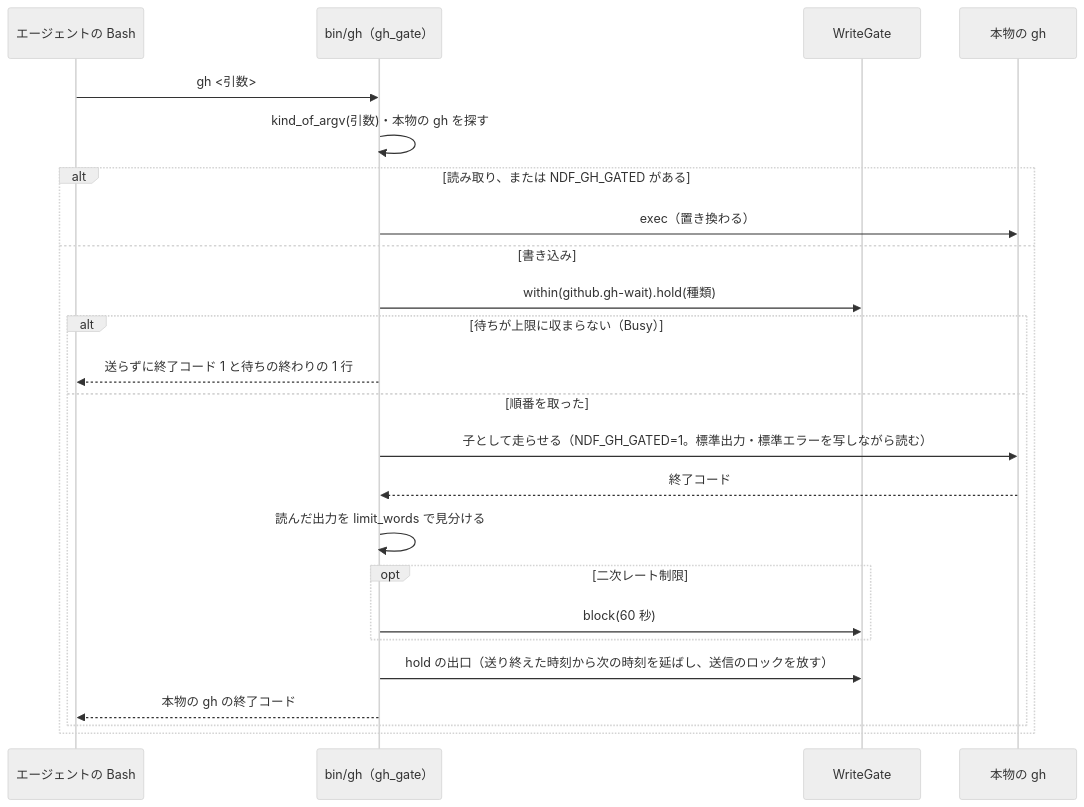
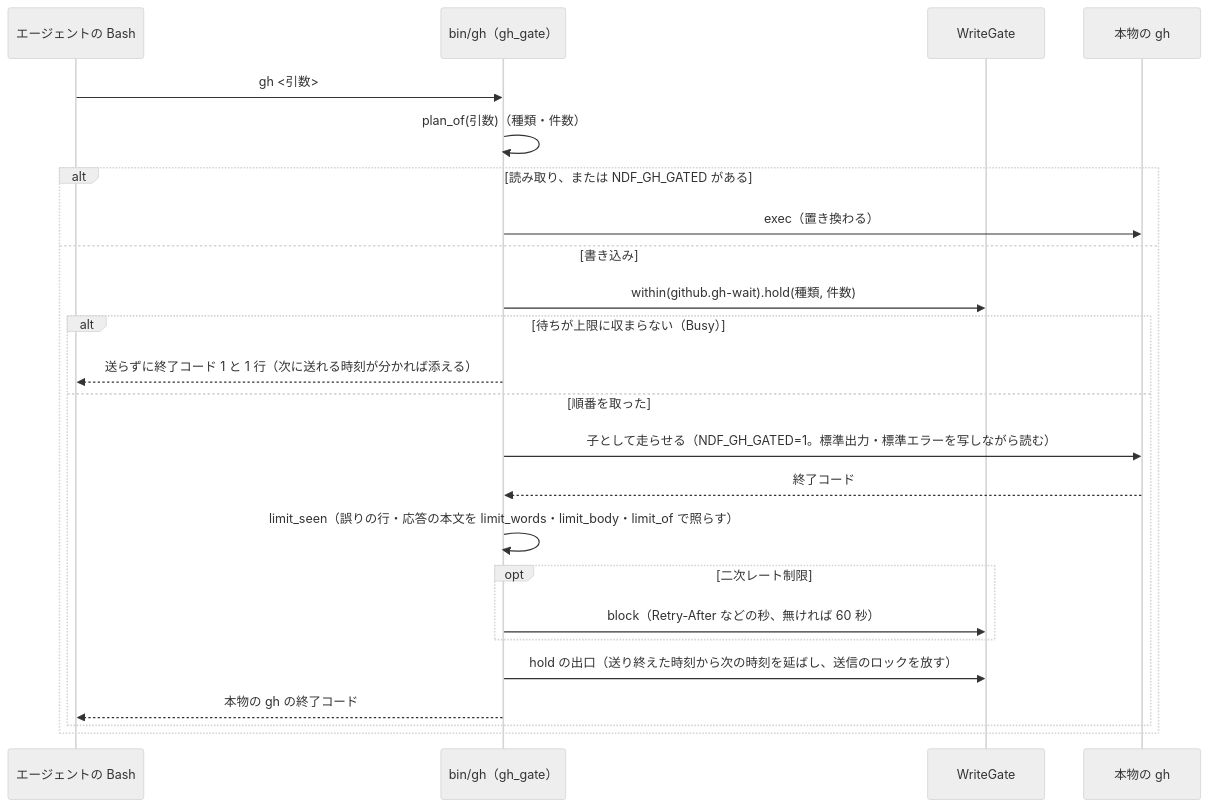
Before and after one commit to devbasex/ai-plugins: the third of 3 diagrams in issues/issue-4059-design.md, drawn with Mermaid (neutral theme). The commit also changed other lines of this file and 2 other files, not shown here.

First line of the commit message:
Docs: #4059 の設計を cross-review のラウンド 1 の指摘に合わせて直す（件数・Busy の時刻・422 の照らし・GraphQL の読み方）

````diff
--- a/issues/issue-4059-design.md
+++ b/issues/issue-4059-design.md
@@ -104,26 +105,26 @@
 ```mermaid
 sequenceDiagram
   participant B as エージェントの Bash
   participant S as bin/gh（gh_gate）
   participant G as WriteGate
   participant R as 本物の gh
   B->>S: gh <引数>
-  S->>S: kind_of_argv(引数)・本物の gh を探す
+  S->>S: plan_of(引数)（種類・件数）
   alt 読み取り、または NDF_GH_GATED がある
     S->>R: exec（置き換わる）
   else 書き込み
-    S->>G: within(github.gh-wait).hold(種類)
+    S->>G: within(github.gh-wait).hold(種類, 件数)
     alt 待ちが上限に収まらない（Busy）
-      S-->>B: 送らずに終了コード 1 と待ちの終わりの 1 行
+      S-->>B: 送らずに終了コード 1 と 1 行（次に送れる時刻が分かれば添える）
     else 順番を取った
       S->>R: 子として走らせる（NDF_GH_GATED=1。標準出力・標準エラーを写しながら読む）
       R-->>S: 終了コード
-      S->>S: 読んだ出力を limit_words で見分ける
+      S->>S: limit_seen（誤りの行・応答の本文を limit_words・limit_body・limit_of で照らす）
       opt 二次レート制限
-        S->>G: block(60 秒)
+        S->>G: block（Retry-After などの秒、無ければ 60 秒）
       end
       S->>G: hold の出口（送り終えた時刻から次の時刻を延ばし、送信のロックを放す）
       S-->>B: 本物の gh の終了コード
     end
   end
 ```
````
